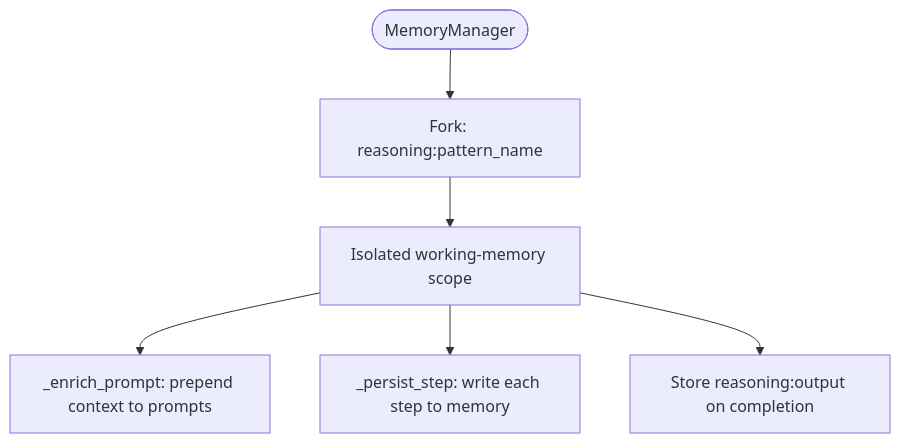
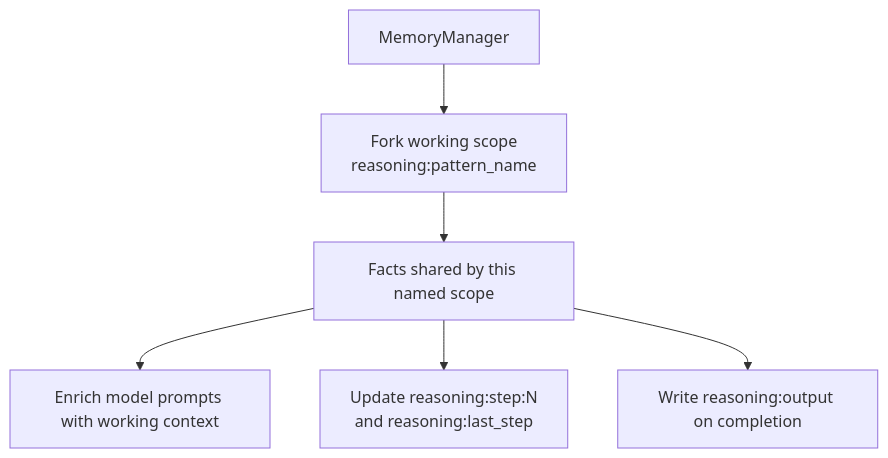
Diagram 11 of 12 in docs/reasoning.md (fireflyframework/fireflyframework-agentic), drawn with Mermaid before and after one commit. The commit also changed other lines of this file and 49 other files, not shown here.

Commit message:
Align diagrams and guides with framework behavior

````diff
--- a/docs/reasoning.md
+++ b/docs/reasoning.md
@@ -586,8 +589,8 @@
 ```mermaid
 flowchart TD
-    MEM([MemoryManager]) --> FORK["Fork: reasoning:pattern_name"]
-    FORK --> SCOPE[Isolated working-memory scope]
-    SCOPE --> ENRICH["_enrich_prompt: prepend context to prompts"]
-    SCOPE --> PERSIST["_persist_step: write each step to memory"]
-    SCOPE --> OUTPUT["Store reasoning:output on completion"]
+    MEMORY["MemoryManager"] --> FORK["Fork working scope<br/>reasoning:pattern_name"]
+    FORK --> SCOPE["Facts shared by this named scope"]
+    SCOPE --> ENRICH["Enrich model prompts with working context"]
+    SCOPE --> STEPS["Update reasoning:step:N<br/>and reasoning:last_step"]
+    SCOPE --> OUTPUT["Write reasoning:output on completion"]
 ```
````
